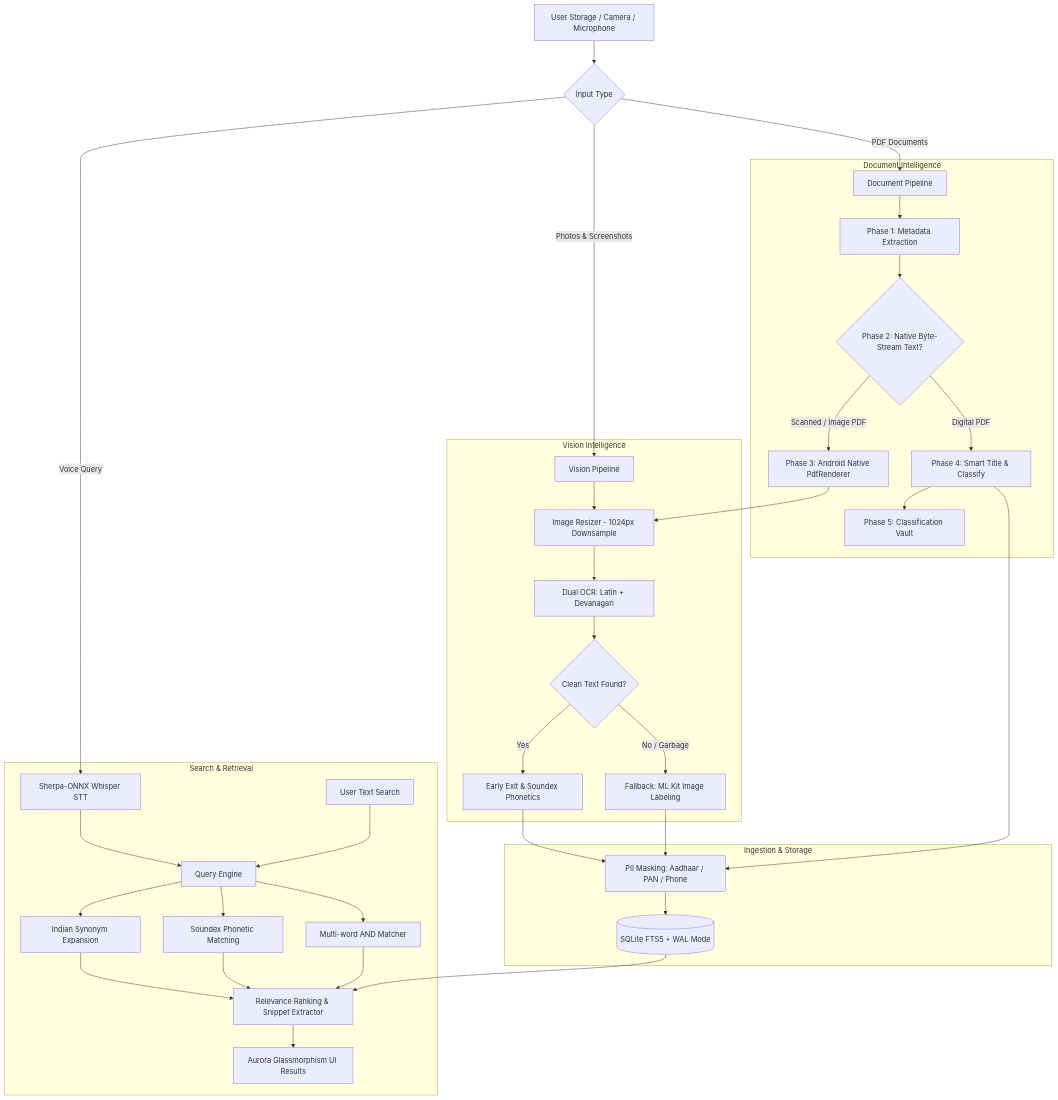
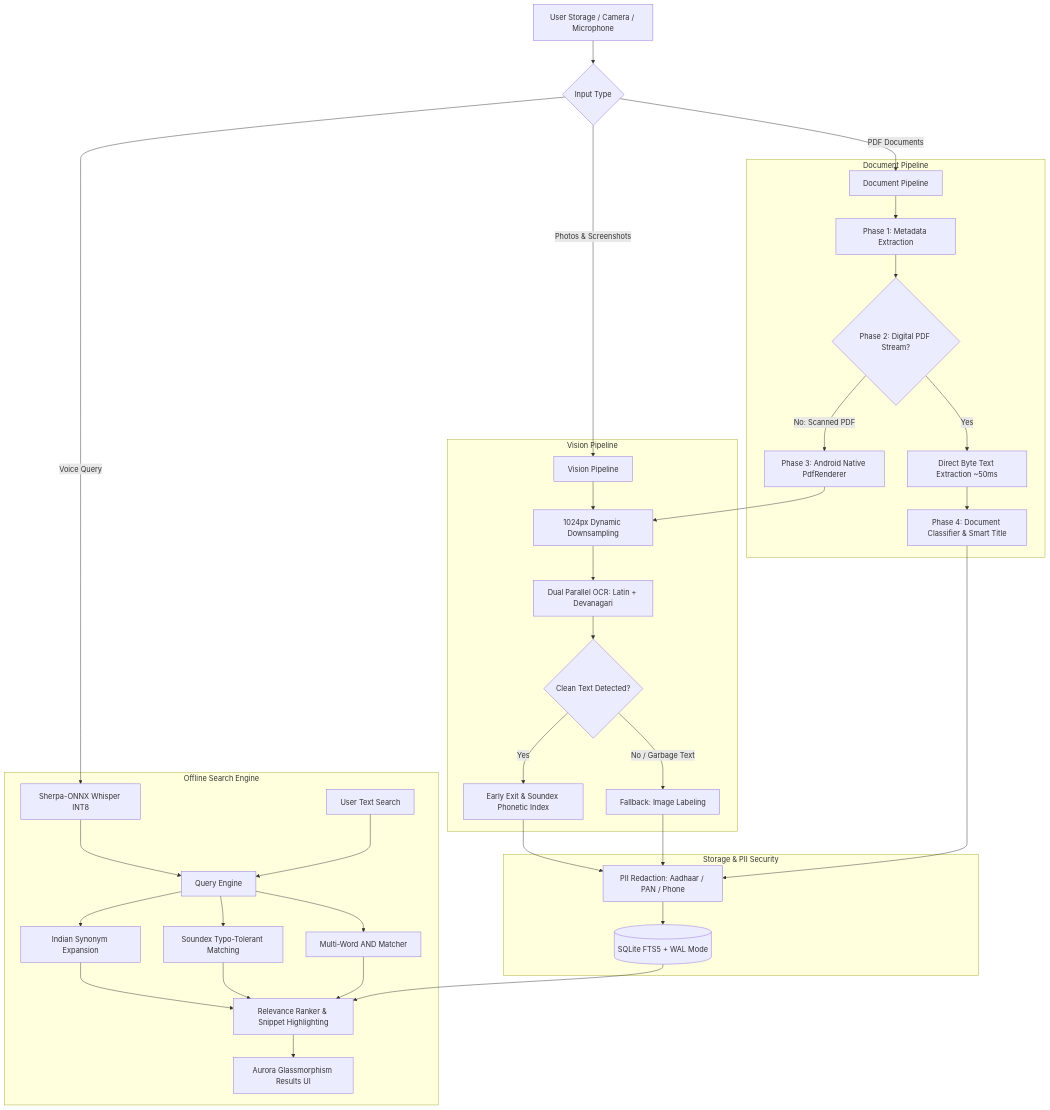
The diagram in README.md (ScRocXx/Hackday-1.0), drawn with Mermaid before and after one commit. The commit also changed other lines of this file, not shown here.

````diff
--- a/README.md
+++ b/README.md
@@ -79,45 +113,45 @@
 ```mermaid
 graph TD
     A[User Storage / Camera / Microphone] --> B{Input Type}
     
     B -->|Photos & Screenshots| C[Vision Pipeline]
     B -->|PDF Documents| D[Document Pipeline]
-    B -->|Voice Query| E[Sherpa-ONNX Whisper STT]
+    B -->|Voice Query| E[Sherpa-ONNX Whisper INT8]
     
-    subgraph Vision Intelligence
-        C --> C0[Image Resizer - 1024px Downsample]
-        C0 --> C1[Dual OCR: Latin + Devanagari]
-        C1 --> C2{Clean Text Found?}
-        C2 -->|Yes| C3[Early Exit & Soundex Phonetics]
-        C2 -->|No / Garbage| C4[Fallback: ML Kit Image Labeling]
+    subgraph Vision Pipeline
+        C --> C1[1024px Dynamic Downsampling]
+        C1 --> C2[Dual Parallel OCR: Latin + Devanagari]
+        C2 --> C3{Clean Text Detected?}
+        C3 -->|Yes| C4[Early Exit & Soundex Phonetic Index]
+        C3 -->|No / Garbage Text| C5[Fallback: Image Labeling]
     end
     
-    subgraph Document Intelligence
+    subgraph Document Pipeline
         D --> D1[Phase 1: Metadata Extraction]
-        D1 --> D2{Phase 2: Native Byte-Stream Text?}
-        D2 -->|Digital PDF| D5[Phase 4: Smart Title & Classify]
-        D2 -->|Scanned / Image PDF| D3[Phase 3: Android Native PdfRenderer]
-        D3 --> C0
-        D5 --> D6[Phase 5: Classification Vault]
+        D1 --> D2{Phase 2: Digital PDF Stream?}
+        D2 -->|Yes| D3[Direct Byte Text Extraction ~50ms]
+        D2 -->|No: Scanned PDF| D4[Phase 3: Android Native PdfRenderer]
+        D4 --> C1
+        D3 --> D5[Phase 4: Document Classifier & Smart Title]
     end
     
-    subgraph Ingestion & Storage
-        C3 --> F[PII Masking: Aadhaar / PAN / Phone]
-        C4 --> F
+    subgraph Storage & PII Security
+        C4 --> F[PII Redaction: Aadhaar / PAN / Phone]
+        C5 --> F
         D5 --> F
         F --> G[(SQLite FTS5 + WAL Mode)]
     end
     
-    subgraph Search & Retrieval
+    subgraph Offline Search Engine
         E --> H[Query Engine]
         I[User Text Search] --> H
         H --> J[Indian Synonym Expansion]
-        H --> K[Soundex Phonetic Matching]
-        H --> L[Multi-word AND Matcher]
-        J --> M[Relevance Ranking & Snippet Extractor]
+        H --> K[Soundex Typo-Tolerant Matching]
+        H --> L[Multi-Word AND Matcher]
+        J --> M[Relevance Ranker & Snippet Highlighting]
         K --> M
         L --> M
         G --> M
-        M --> N[Aurora Glassmorphism UI Results]
+        M --> N[Aurora Glassmorphism Results UI]
     end
 ```
````
